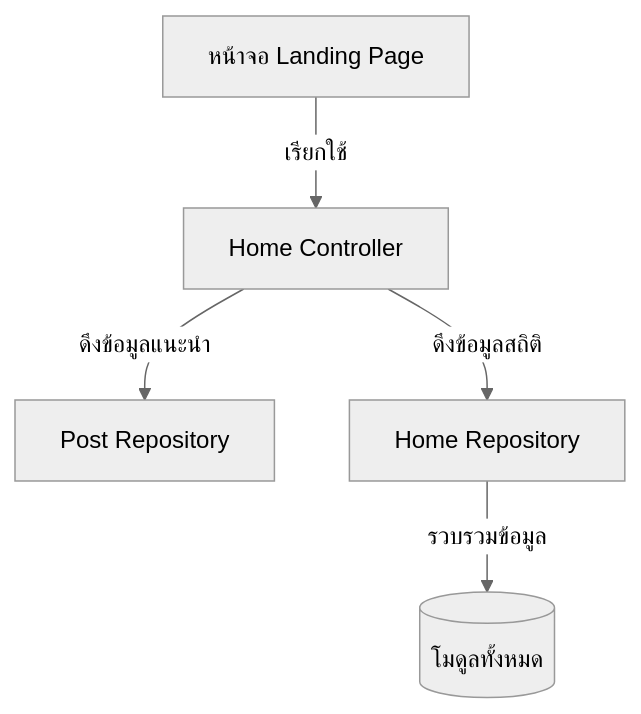
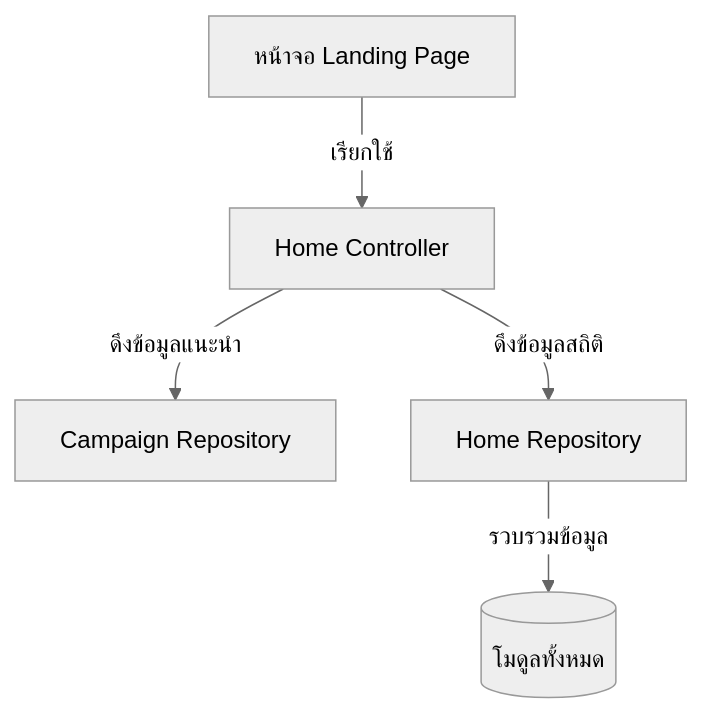
Before and after one commit to o-kard/okard-backend: the diagram in docs/developer_manual/th/home_module_manual.md, drawn with Mermaid (neutral theme). The commit also changed other lines of this file and 15 other files, not shown here.

````diff
--- a/docs/developer_manual/th/home_module_manual.md
+++ b/docs/developer_manual/th/home_module_manual.md
@@ -24,7 +24,7 @@
 ```mermaid
 graph TD
     UI[หน้าจอ Landing Page] -->|เรียกใช้| HomeAPI[Home Controller]
-    HomeAPI -->|ดึงข้อมูลแนะนำ| PostRepo[Post Repository]
+    HomeAPI -->|ดึงข้อมูลแนะนำ| CampRepo[Campaign Repository]
     HomeAPI -->|ดึงข้อมูลสถิติ| CategoryRepo[Home Repository]
     CategoryRepo -->|รวบรวมข้อมูล| DB[(โมดูลทั้งหมด)]
 ```
````
